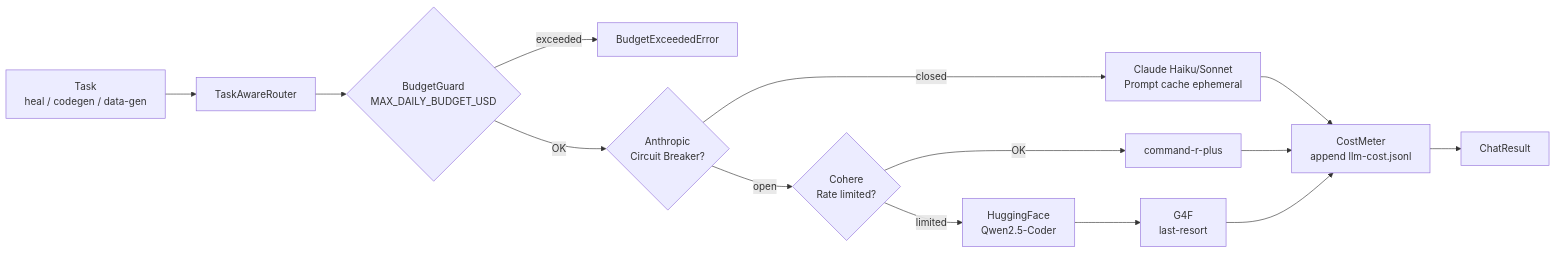
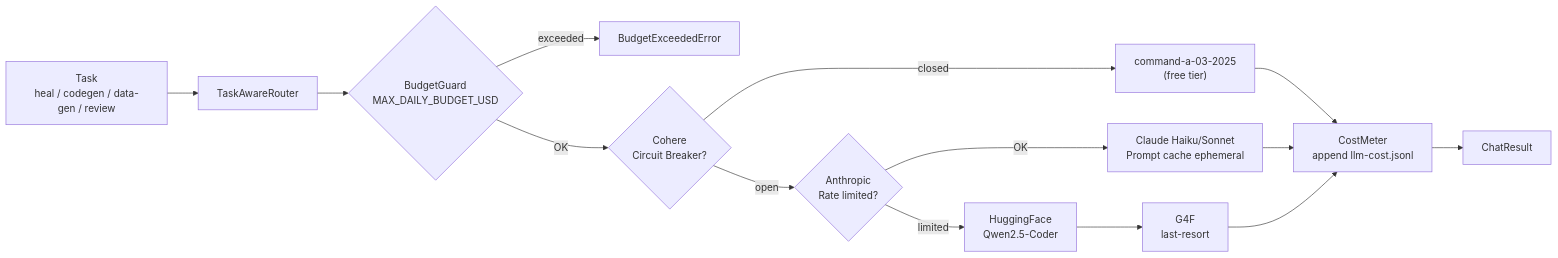
Before and after one commit to shu-aitesting/codecept-hybrid-ai: the second of 4 diagrams in docs/ARCHITECTURE.md, drawn with Mermaid. The commit also changed other lines of this file and 11 other files, not shown here.

````diff
--- a/docs/ARCHITECTURE.md
+++ b/docs/ARCHITECTURE.md
@@ -119,14 +119,14 @@
 ```mermaid
 flowchart LR
-  Task["Task\nheal / codegen / data-gen"] --> Router["TaskAwareRouter"]
+  Task["Task\nheal / codegen / data-gen / review"] --> Router["TaskAwareRouter"]
   Router --> BG{"BudgetGuard\nMAX_DAILY_BUDGET_USD"}
   BG -- exceeded --> ERR["BudgetExceededError"]
-  BG -- OK --> P1{"Anthropic\nCircuit Breaker?"}
-  P1 -- open --> P2{"Cohere\nRate limited?"}
-  P1 -- closed --> LLM1["Claude Haiku/Sonnet\nPrompt cache ephemeral"]
+  BG -- OK --> P1{"Cohere\nCircuit Breaker?"}
+  P1 -- closed --> LLM1["command-a-03-2025\n(free tier)"]
+  P1 -- open --> P2{"Anthropic\nRate limited?"}
+  P2 -- OK --> LLM2["Claude Haiku/Sonnet\nPrompt cache ephemeral"]
   P2 -- limited --> P3["HuggingFace\nQwen2.5-Coder"]
-  P2 -- OK --> LLM2["command-r-plus"]
   P3 --> LLM3["G4F\nlast-resort"]
   LLM1 & LLM2 & LLM3 --> CM["CostMeter\nappend llm-cost.jsonl"]
   CM --> Result["ChatResult"]
 ```
````
